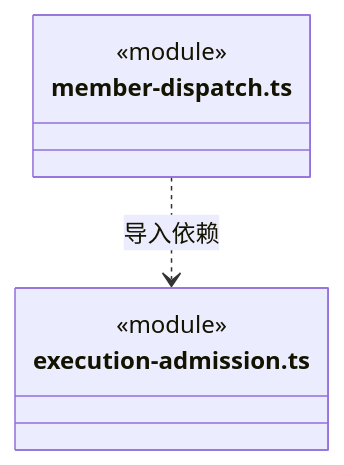
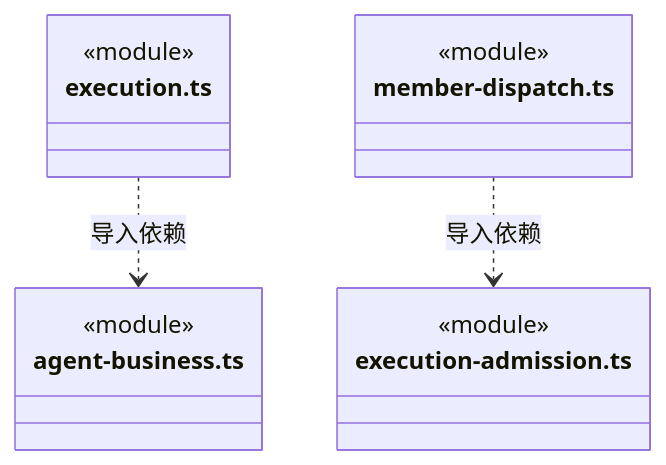
Before and after one commit to nan023062/cbim: diagram 11 of 11 in src/logic/application/assembly/ARCHITECTURE.md, drawn with Mermaid. The commit also changed other lines of this file and 42 other files, not shown here.

First line of the commit message:
feat(execution): persist recursive business identity for controlled files and isolation

````diff
--- a/src/logic/application/assembly/ARCHITECTURE.md
+++ b/src/logic/application/assembly/ARCHITECTURE.md
@@ -173,10 +188,17 @@
 ```mermaid
 classDiagram
+class N_src_logic_application_assembly_execution_ts["execution.ts"] {
+  <<module>>
+}
+class N_src_logic_application_assembly_agent_business_ts["agent-business.ts"] {
+  <<module>>
+}
 class N_src_logic_application_assembly_member_dispatch_ts["member-dispatch.ts"] {
   <<module>>
 }
 class N_src_logic_application_assembly_execution_admission_ts["execution-admission.ts"] {
   <<module>>
 }
+N_src_logic_application_assembly_execution_ts ..> N_src_logic_application_assembly_agent_business_ts : 导入依赖
 N_src_logic_application_assembly_member_dispatch_ts ..> N_src_logic_application_assembly_execution_admission_ts : 导入依赖
 ```
````
